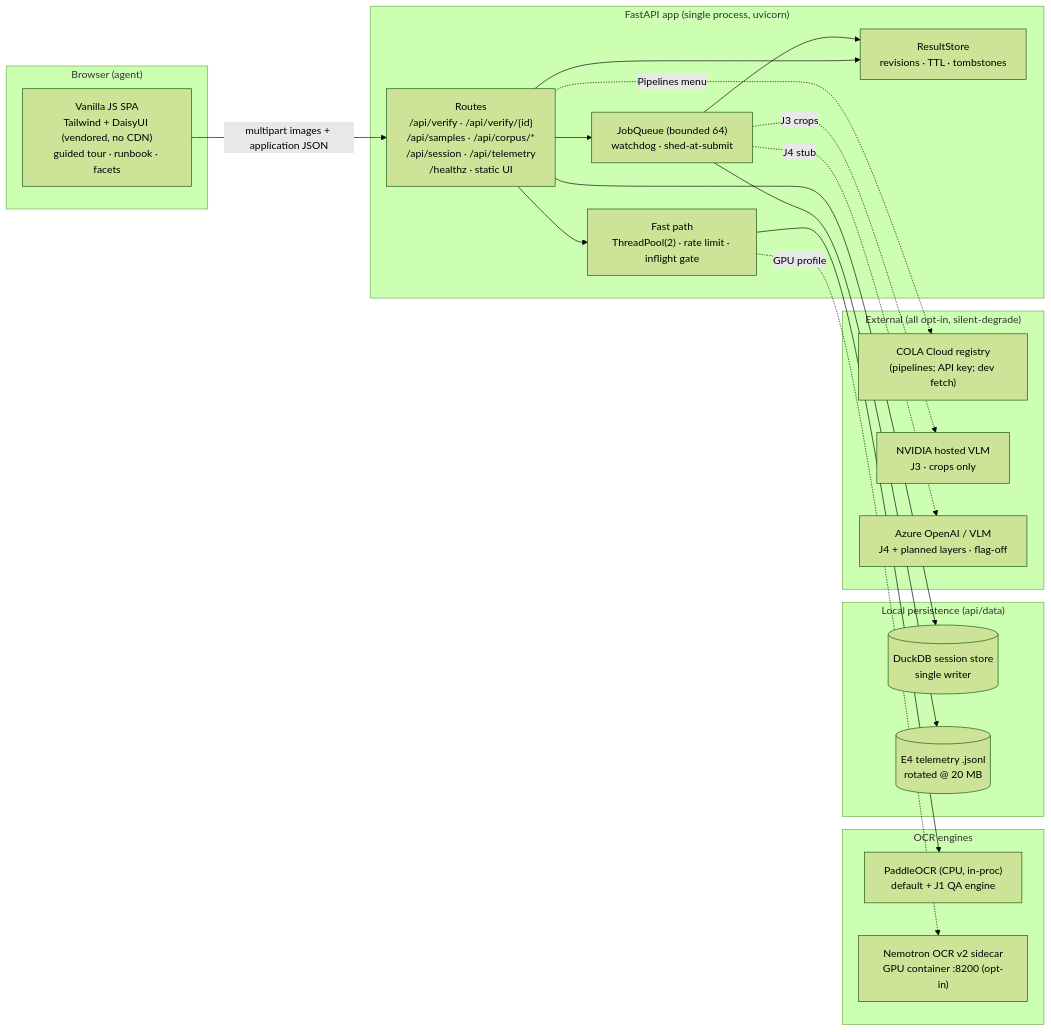
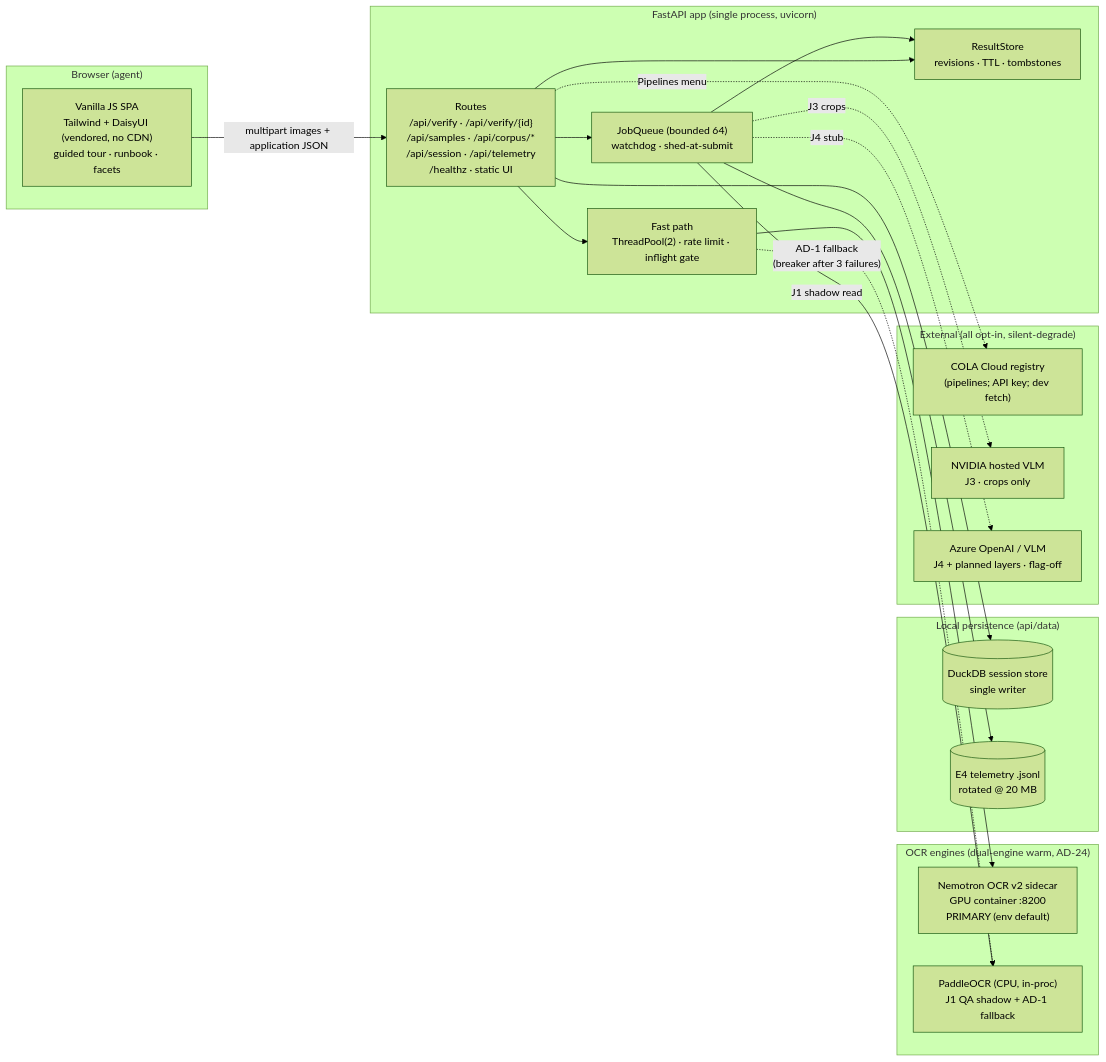
Before and after one commit to niccolox/ttb-take-hown: the first of 3 diagrams in docs/architecture.md, drawn with Mermaid (forest theme). The commit also changed other lines of this file, not shown here.

First line of the commit message:
Docs: architecture updated for the nemotron default + rationale section

````diff
--- a/docs/architecture.md
+++ b/docs/architecture.md
@@ -11,40 +17,41 @@
 ```mermaid
 flowchart LR
     subgraph Client["Browser (agent)"]
         UI["Vanilla JS SPA<br/>Tailwind + DaisyUI (vendored, no CDN)<br/>guided tour · runbook · facets"]
     end
 
     subgraph App["FastAPI app (single process, uvicorn)"]
         API["Routes<br/>/api/verify · /api/verify/{id}<br/>/api/samples · /api/corpus/*<br/>/api/session · /api/telemetry<br/>/healthz · static UI"]
         FAST["Fast path<br/>ThreadPool(2) · rate limit · inflight gate"]
         JOBQ["JobQueue (bounded 64)<br/>watchdog · shed-at-submit"]
         STORE["ResultStore<br/>revisions · TTL · tombstones"]
     end
 
-    subgraph Engines["OCR engines"]
-        PADDLE["PaddleOCR (CPU, in-proc)<br/>default + J1 QA engine"]
-        NEMO["Nemotron OCR v2 sidecar<br/>GPU container :8200 (opt-in)"]
+    subgraph Engines["OCR engines (dual-engine warm, AD-24)"]
+        NEMO["Nemotron OCR v2 sidecar<br/>GPU container :8200<br/>PRIMARY (env default)"]
+        PADDLE["PaddleOCR (CPU, in-proc)<br/>J1 QA shadow + AD-1 fallback"]
     end
 
     subgraph Persist["Local persistence (api/data)"]
         DUCK[("DuckDB session store<br/>single writer")]
         E4[("E4 telemetry .jsonl<br/>rotated @ 20 MB")]
     end
 
     subgraph External["External (all opt-in, silent-degrade)"]
         COLA["COLA Cloud registry<br/>(pipelines; API key; dev fetch)"]
         NVLM["NVIDIA hosted VLM<br/>J3 · crops only"]
         AOAI["Azure OpenAI / VLM<br/>J4 + planned layers · flag-off"]
     end
 
     UI -->|multipart images + application JSON| API
-    API --> FAST --> PADDLE
-    FAST -.->|GPU profile| NEMO
+    API --> FAST --> NEMO
+    FAST -.->|"AD-1 fallback<br/>(breaker after 3 failures)"| PADDLE
+    JOBQ -->|J1 shadow read| PADDLE
     API --> JOBQ --> STORE
     API --> STORE
     API --> DUCK
     JOBQ --> E4
     API -.->|Pipelines menu| COLA
     JOBQ -.->|J3 crops| NVLM
     JOBQ -.->|J4 stub| AOAI
 ```
````
